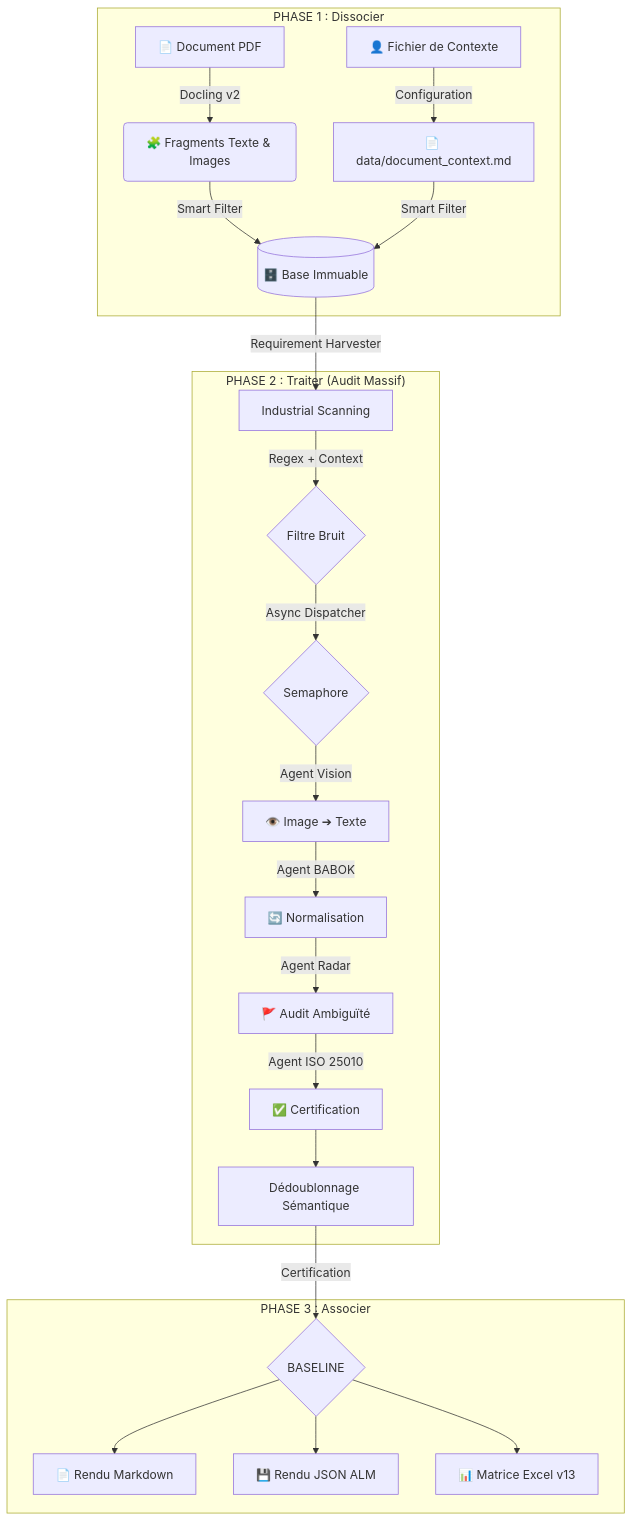
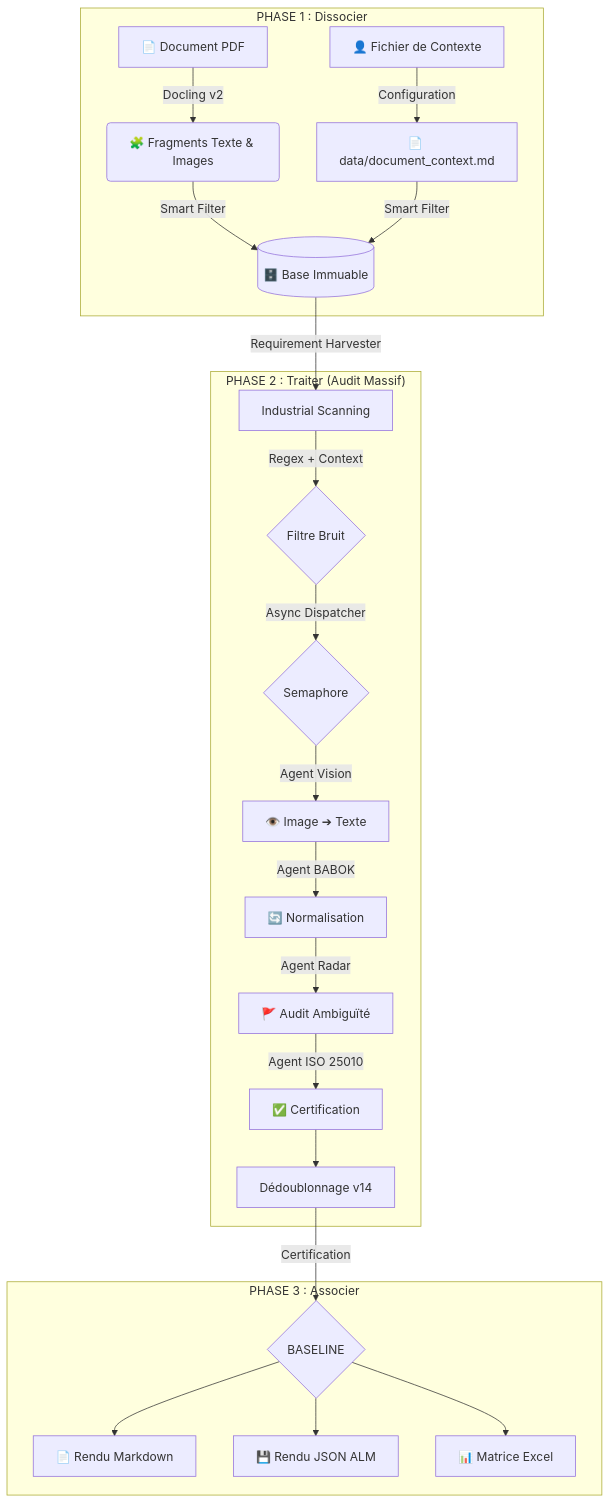
Before and after one commit to RodMan121/rfp-analyse-ia: the diagram in ARCHITECTURE.md, drawn with Mermaid. The commit also changed other lines of this file and 2 other files, not shown here.

````diff
--- a/ARCHITECTURE.md
+++ b/ARCHITECTURE.md
@@ -9,26 +9,26 @@
 ```mermaid
 graph TD
     subgraph "PHASE 1 : Dissocier"
         USER[👤 Fichier de Contexte] -->|Configuration| CTX[📄 data/document_context.md]
         A[📄 Document PDF] -->|Docling v2| B(🧩 Fragments Texte & Images)
         B & CTX -->|Smart Filter| C[(🗄️ Base Immuable)]
     end
     
     subgraph "PHASE 2 : Traiter (Audit Massif)"
         C -->|Requirement Harvester| D[Industrial Scanning]
         D -->|Regex + Context| FILT{Filtre Bruit}
         FILT -->|Async Dispatcher| SEM{Semaphore}
         SEM -->|Agent Vision| VIS[👁️ Image ➔ Texte]
         VIS -->|Agent BABOK| BAB[🔄 Normalisation]
         BAB -->|Agent Radar| RAD[🚩 Audit Ambiguïté]
         RAD -->|Agent ISO 25010| ISO[✅ Certification]
-        ISO --> DEDUP[Dédoublonnage Sémantique]
+        ISO --> DEDUP[Dédoublonnage v14]
     end
     
     subgraph "PHASE 3 : Associer"
         DEDUP -->|Certification| BASE{BASELINE}
         BASE --> J[📄 Rendu Markdown]
         BASE --> K[💾 Rendu JSON ALM]
-        BASE --> L[📊 Matrice Excel v13]
+        BASE --> L[📊 Matrice Excel]
     end
 ```
````
